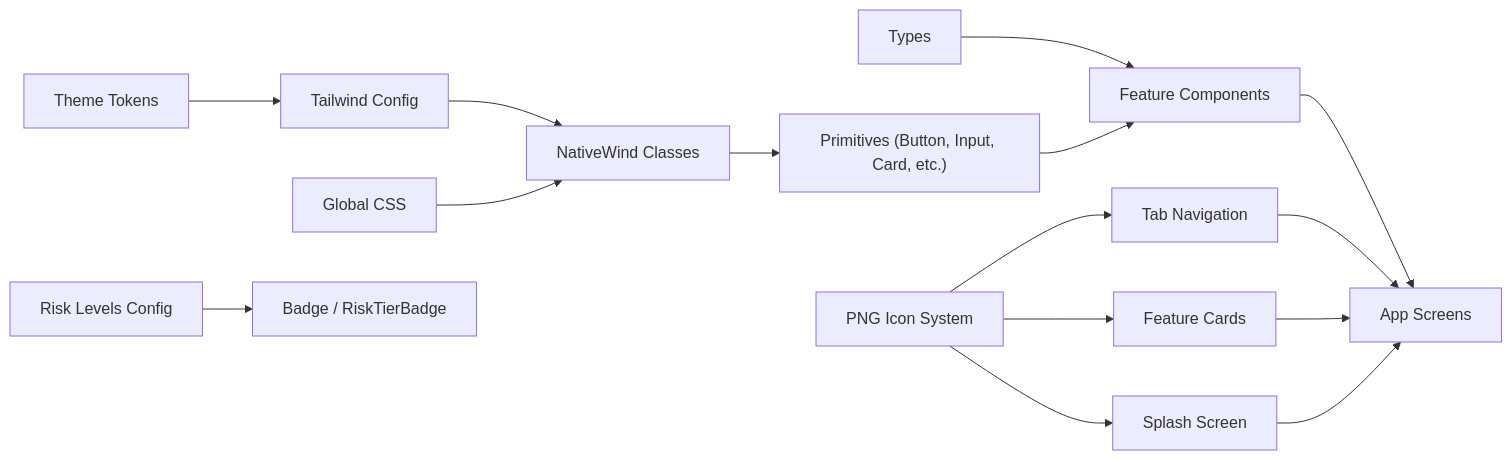
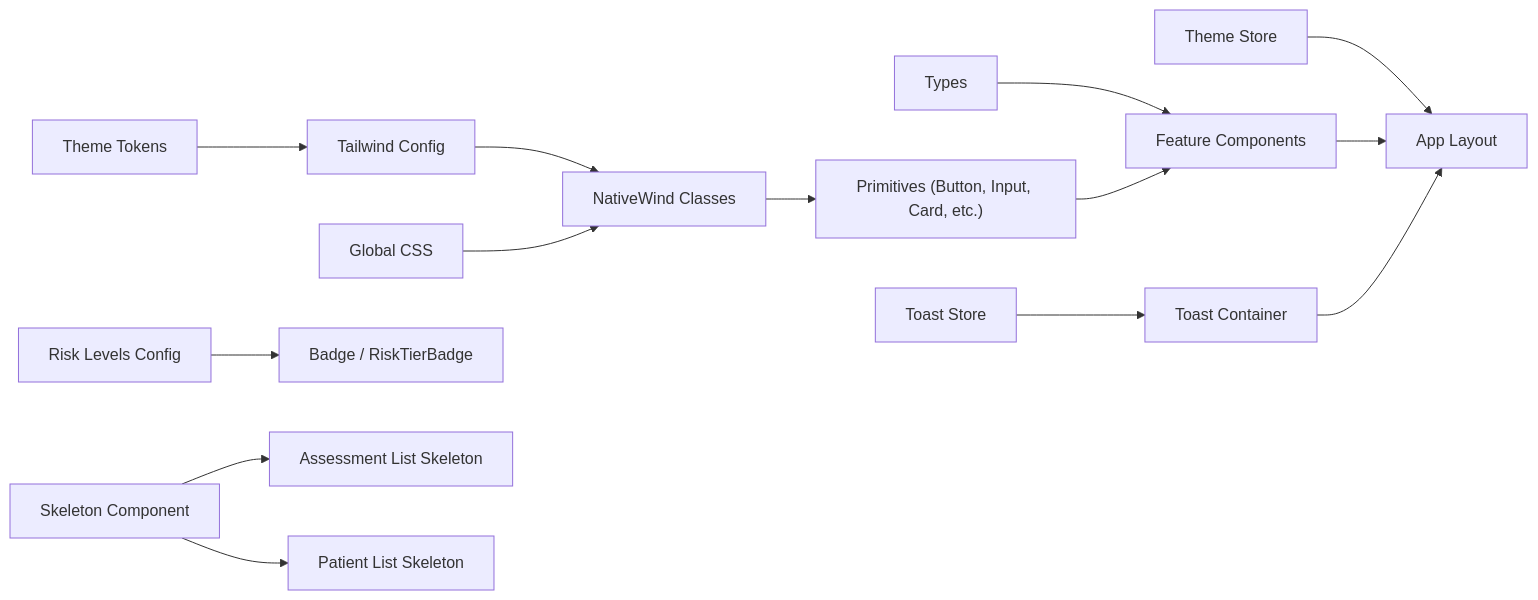
The second of 12 diagrams in .qoder/repowiki/en/content/UI Components Library/UI Components Library.md (AdeelTahir-SE/DermSight), drawn with Mermaid before and after one commit. The commit also changed other lines of this file and 43 other files, not shown here.

````diff
--- a/.qoder/repowiki/en/content/UI Components Library/UI Components Library.md
+++ b/.qoder/repowiki/en/content/UI Components Library/UI Components Library.md
@@ -188,17 +172,16 @@
 ```mermaid
 graph LR
 TW["Tailwind Config"] --> UI["NativeWind Classes"]
 GCSS["Global CSS"] --> UI
 TH["Theme Tokens"] --> TW
 RL["Risk Levels Config"] --> BADGE["Badge / RiskTierBadge"]
 TYP["Types"] --> FEAT["Feature Components"]
-ICON["PNG Icon System"] --> TAB["Tab Navigation"]
-ICON --> FEATURE["Feature Cards"]
-ICON --> SPLASH["Splash Screen"]
+TS["Toast Store"] --> TC["Toast Container"]
+TSM["Theme Store"] --> APP["App Layout"]
+SK["Skeleton Component"] --> ALS["Assessment List Skeleton"]
+SK --> PLS["Patient List Skeleton"]
 UI --> PRIMS["Primitives (Button, Input, Card, etc.)"]
 PRIMS --> FEAT
-FEAT --> APP["App Screens"]
-TAB --> APP
-FEATURE --> APP
-SPLASH --> APP
+FEAT --> APP
+TC --> APP
 ```
````
